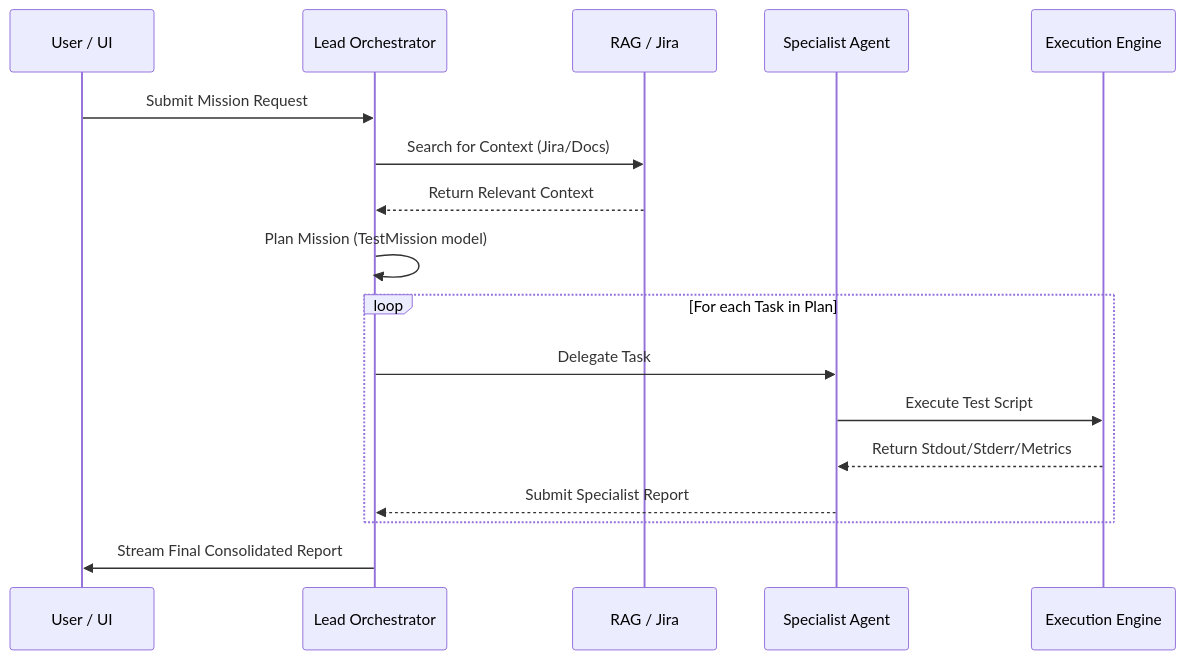
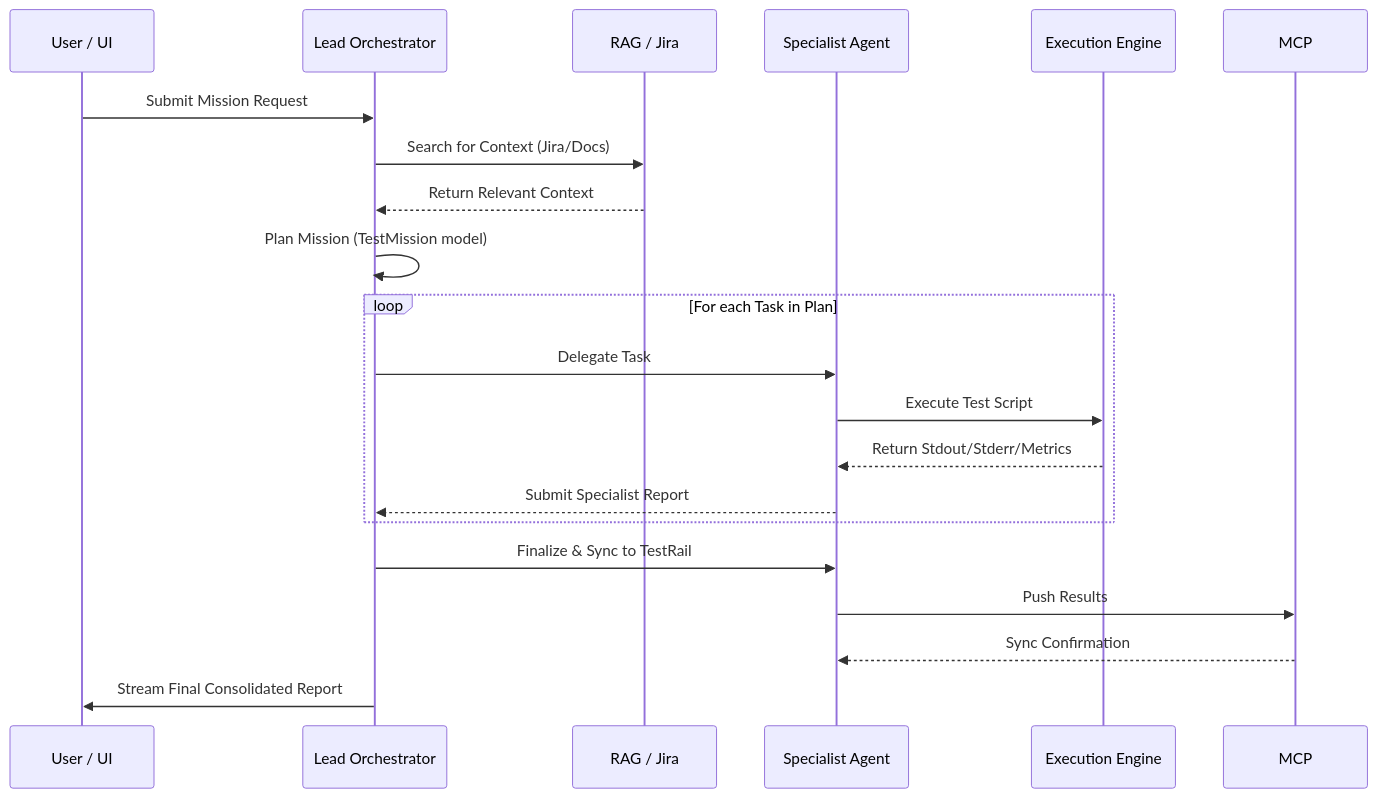
The second of 2 diagrams in ARCHITECTURE.md (Annankra/qaorganization), drawn with Mermaid before and after one commit. The commit also changed other lines of this file and 1 other file, not shown here.

Commit message:
docs: update readme and architecture with TestRail MCP integration details

````diff
--- a/ARCHITECTURE.md
+++ b/ARCHITECTURE.md
@@ -55,22 +63,25 @@
 ```mermaid
 sequenceDiagram
     participant U as User / UI
     participant O as Lead Orchestrator
     participant R as RAG / Jira
     participant S as Specialist Agent
     participant E as Execution Engine
 
     U->>O: Submit Mission Request
     O->>R: Search for Context (Jira/Docs)
     R-->>O: Return Relevant Context
     O->>O: Plan Mission (TestMission model)
     
     loop For each Task in Plan
         O->>S: Delegate Task
         S->>E: Execute Test Script
         E-->>S: Return Stdout/Stderr/Metrics
         S-->>O: Submit Specialist Report
     end
     
+    O->>S: Finalize & Sync to TestRail
+    S->>MCP: Push Results
+    MCP-->>S: Sync Confirmation
     O->>U: Stream Final Consolidated Report
 ```
````
